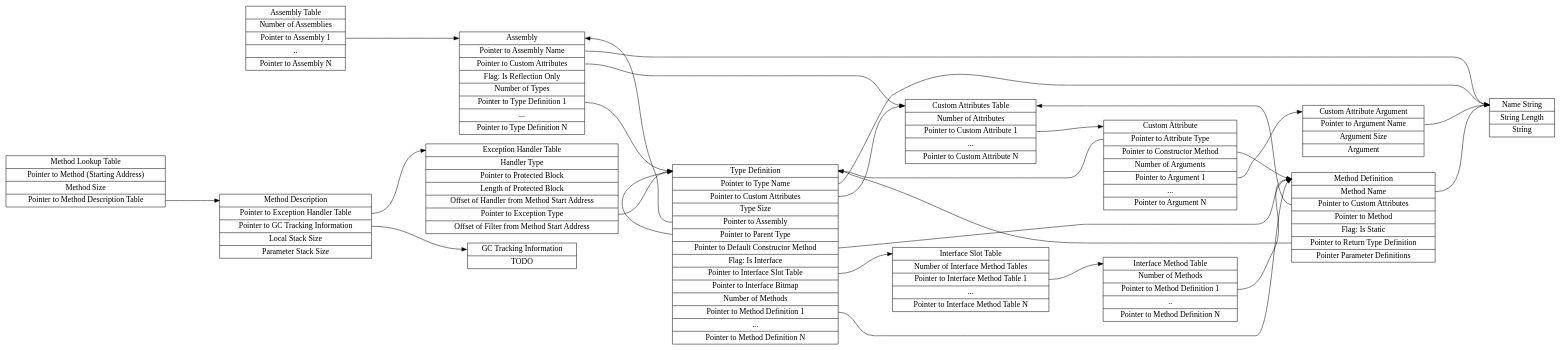
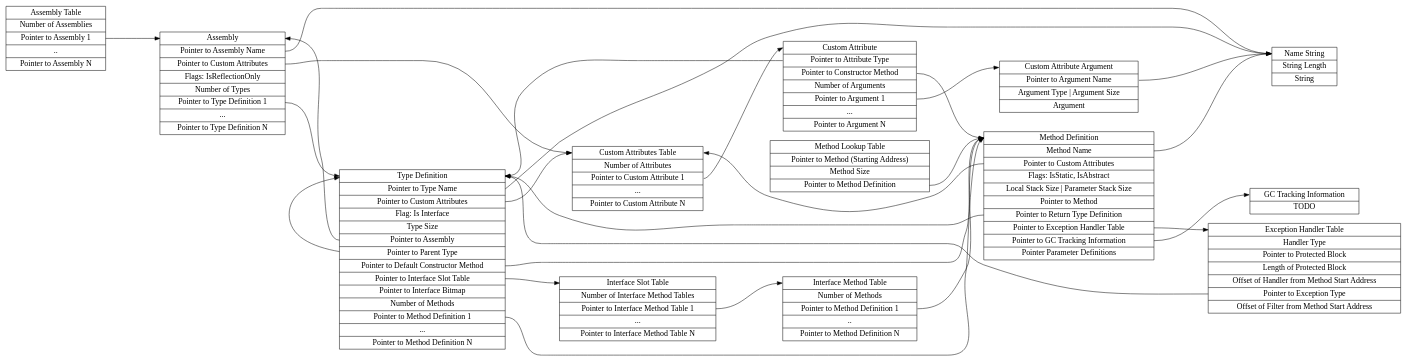
One commit to mosa/MOSA-Project changed the diagram in Docs/MOSA-Runtime-Tables.gv. Above: the diagram before and after it, drawn with Graphviz. The commit also changed 8 other files, not shown here.

```diff
--- a/Docs/MOSA-Runtime-Tables.gv
+++ b/Docs/MOSA-Runtime-Tables.gv
@@ -1,183 +1,178 @@
 digraph g {
 graph [
 rankdir = "LR"
 ];
 node [
 fontsize = "16"
 shape = "ellipse"
 ];
 edge [
 minlen = "3"
 ];
 
 "NameString" [
 label = "<f0>Name String|<f1>String Length|<f2>String"
 shape = "record"
 ];
 
 "AssemblyListTable" [
 label = "<f0>Assembly Table|<f1>Number of Assemblies|<f2>Pointer to Assembly 1|..|Pointer to Assembly N"
 shape = "record"
 ];
 
 "AssemblyDefinition" [
-label = "<f0>Assembly|<f1>Pointer to Assembly Name|<f2>Pointer to Custom Attributes|<f3>Flag: Is Reflection Only|<f4> Number of Types|<f5>Pointer to Type  Definition 1|...|Pointer to Type  Definition N"
+label = "<f0>Assembly|<f1>Pointer to Assembly Name|<f2>Pointer to Custom Attributes|<f3>Flags: IsReflectionOnly|<f4> Number of Types|<f5>Pointer to Type  Definition 1|...|Pointer to Type  Definition N"
 shape = "record"
 ];
 
 "TypeDefinition" [
-label = "<f0>Type Definition|<f1>Pointer to Type Name|<f2>Pointer to Custom Attributes|<f3>Type Size|<f4>Pointer to Assembly|<f5>Pointer to Parent Type|<f6>Pointer to Default Constructor Method|<f7>Flag: Is Interface|<f8>Pointer to Interface Slot Table|<f9>Pointer to Interface Bitmap|<f10>Number of Methods|<f11>Pointer to Method Definition 1|...|Pointer to Method Definition N"
+label = "<f0>Type Definition|<f1>Pointer to Type Name|<f2>Pointer to Custom Attributes|<f3>Flag: Is Interface|<f4>Type Size|<f5>Pointer to Assembly|<f6>Pointer to Parent Type|<f7>Pointer to Default Constructor Method|<f8>Pointer to Interface Slot Table|<f9>Pointer to Interface Bitmap|<f10>Number of Methods|<f11>Pointer to Method Definition 1|...|Pointer to Method Definition N"
 shape = "record"
 ];
 
 "MethodLookupTable" [
-label = "<f0>Method Lookup Table|<f1>Pointer to Method (Starting Address)|<f2>Method Size|<f3>Pointer to Method Description Table"
-shape = "record"
-];
-
-"MethodDescription" [
-label = "<f0>Method Description|<f1>Pointer to Exception Handler Table|<f2>Pointer to GC Tracking Information|<f3>Local Stack Size|<f4>Parameter Stack Size"
+label = "<f0>Method Lookup Table|<f1>Pointer to Method (Starting Address)|<f2>Method Size|<f3>Pointer to Method Definition"
 shape = "record"
 ];
 
 "ExceptionHandlerTable" [
 label = "<f0>Exception Handler Table|<f1>Handler Type|<f2>Pointer to Protected Block|<f3>Length of Protected Block|<f4>Offset of Handler from Method Start Address|<f5>Pointer to Exception Type|<f6>Offset of Filter from Method Start Address"
 shape = "record"
 ];
 
 "InterfaceSlotTable" [
 label = "<f0>Interface Slot Table|<f1>Number of Interface Method Tables|<f2>Pointer to Interface Method Table 1|...|Pointer to Interface Method Table N"
 shape = "record"
 ];
 
 "InterfaceMethodTable" [
 label = "<f0>Interface Method Table|<f1>Number of Methods|<f2>Pointer to Method Definition 1|..|Pointer to Method Definition N"
 shape = "record"
 ];
 
 "MethodDefinition" [
-label = "<f0>Method Definition|<f1>Method Name|<f2>Pointer to Custom Attributes|<f3>Pointer to Method|<f4>Flag: Is Static|<f5>Pointer to Return Type Definition|<f6>Pointer Parameter Definitions"
+label = "<f0>Method Definition|<f1>Method Name|<f2>Pointer to Custom Attributes|<f3>Flags: IsStatic, IsAbstract|<f4>Local Stack Size \| Parameter Stack Size|<f5>Pointer to Method|<f6>Pointer to Return Type Definition|<f7>Pointer to Exception Handler Table|<f8>Pointer to GC Tracking Information|<f9>Pointer Parameter Definitions"
 shape = "record"
 ];
 
 "GCTrackingInformation" [
 label = "<f0>GC Tracking Information|TODO"
 shape = "record"
 ];
 
 "CustomAttributesTable" [
 label = "<f0>Custom Attributes Table|<f1>Number of Attributes|<f2>Pointer to Custom Attribute 1|...|Pointer to Custom Attribute N"
 shape = "record"
 ];
 
 "CustomAttribute" [
 label = "<f0>Custom Attribute|<f1>Pointer to Attribute Type|<f2>Pointer to Constructor Method|<f3>Number of Arguments|<f4>Pointer to Argument 1|...|Pointer to Argument N"
 shape = "record"
 ];
 
 "CustomAttributeArgument" [
-label = "<f0>Custom Attribute Argument|<f1>Pointer to Argument Name|<f2>Argument Size|<f3>Argument"
+label = "<f0>Custom Attribute Argument|<f1>Pointer to Argument Name|<f2>Argument Type \| Argument Size|<f3>Argument"
 shape = "record"
 ];
 
 "CustomAttributesTable":f2 -> "CustomAttribute":f0 [
 id = 0
 ];
 
 "CustomAttribute":f1 -> "TypeDefinition":f0 [
 id = 0
 ];
 
 "CustomAttribute":f2 -> "MethodDefinition":f0 [
 id = 0
 ];
 
 "CustomAttribute":f4 -> "CustomAttributeArgument":f0 [
 id = 0
 ];
 
 "CustomAttributeArgument":f1 -> "NameString":f0 [
 id = 0
 ];
 
 "AssemblyListTable":f2 -> "AssemblyDefinition":f0 [
 id = 0
 ];
 
 "AssemblyDefinition":f1 -> "NameString":f0 [
 id = 0
 ];
 
 "AssemblyDefinition":f2 -> "CustomAttributesTable":f0 [
 id = 0
 ];
 
 "AssemblyDefinition":f5 -> "TypeDefinition":f0 [
 id = 0
 ];
 
-"MethodLookupTable":f3 -> "MethodDescription":f0 [
-id = 0
-];
-
-"MethodDescription":f1 -> "ExceptionHandlerTable":f0 [
-id = 0
-];
-
-"ExceptionHandlerTable":f5 -> "TypeDefinition":f0 [
-id = 0
-];
-
 "TypeDefinition":f1 -> "NameString":f0 [
 id = 0
 ];
 
 "TypeDefinition":f2 -> "CustomAttributesTable":f0 [
 id = 0
 ];
 
-"TypeDefinition":f4 -> "AssemblyDefinition":f0 [
+"TypeDefinition":f5 -> "AssemblyDefinition":f0 [
 id = 0
 ];
 
-"TypeDefinition":f5 -> "TypeDefinition":f0 [
+"TypeDefinition":f6 -> "TypeDefinition":f0 [
 id = 0
 ];
 
-"TypeDefinition":f6 -> "MethodDefinition":f0 [
+"TypeDefinition":f7 -> "MethodDefinition":f0 [
 id = 0
 ];
 
 "TypeDefinition":f8 -> "InterfaceSlotTable":f0 [
 id = 0
 ];
 
 "TypeDefinition":f11 -> "MethodDefinition":f0 [
 id = 0
 ];
 
 "InterfaceSlotTable":f2 -> "InterfaceMethodTable":f0 [
 id = 0
 ];
 
 "InterfaceMethodTable":f2 -> "MethodDefinition":f0 [
 id = 0
 ];
 
+"MethodLookupTable":f3 -> "MethodDefinition":f0 [
+id = 0
+];
+
+"MethodDefinition":f7 -> "ExceptionHandlerTable":f0 [
+id = 0
+];
+
 "MethodDefinition":f1 -> "NameString":f0 [
 id = 0
 ];
 
 "MethodDefinition":f2 -> "CustomAttributesTable":f0 [
 id = 0
 ];
 
-"MethodDefinition":f5 -> "TypeDefinition":f0 [
+"MethodDefinition":f6 -> "TypeDefinition":f0 [
 id = 0
 ];
 
-"MethodDescription":f2 -> "GCTrackingInformation":f0 [
+"MethodDefinition":f8 -> "GCTrackingInformation":f0 [
+id = 0
+];
+
+"ExceptionHandlerTable":f5 -> "TypeDefinition":f0 [
 id = 0
 ];
 
 }
```
